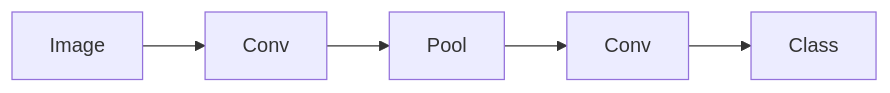
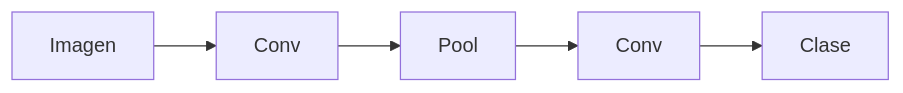
The diagram in i18n/es/docusaurus-plugin-content-docs/current/neural-networks/cnn.md (EmersonBraun/ai-summary-hub), drawn with Mermaid before and after one commit. The commit also changed other lines of this file and 384 other files, not shown here.

````diff
--- a/i18n/es/docusaurus-plugin-content-docs/current/neural-networks/cnn.md
+++ b/i18n/es/docusaurus-plugin-content-docs/current/neural-networks/cnn.md
@@ -17,7 +17,7 @@
 ```mermaid
 flowchart LR
-  Image[Image] --> Conv[Conv]
+  Image[Imagen] --> Conv[Conv]
   Conv --> Pool[Pool]
   Pool --> Conv2[Conv]
-  Conv2 --> Class[Class]
+  Conv2 --> Class[Clase]
 ```
````
